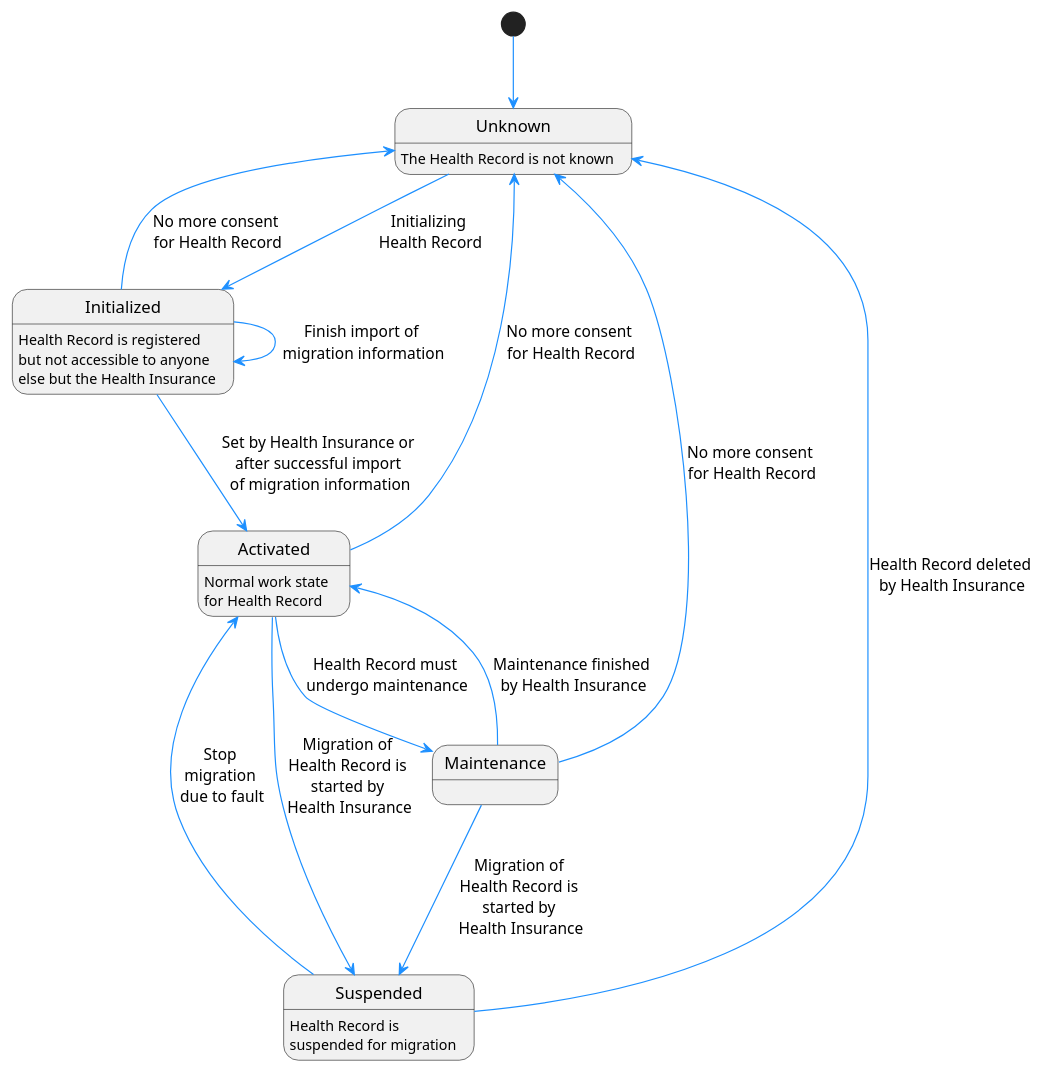
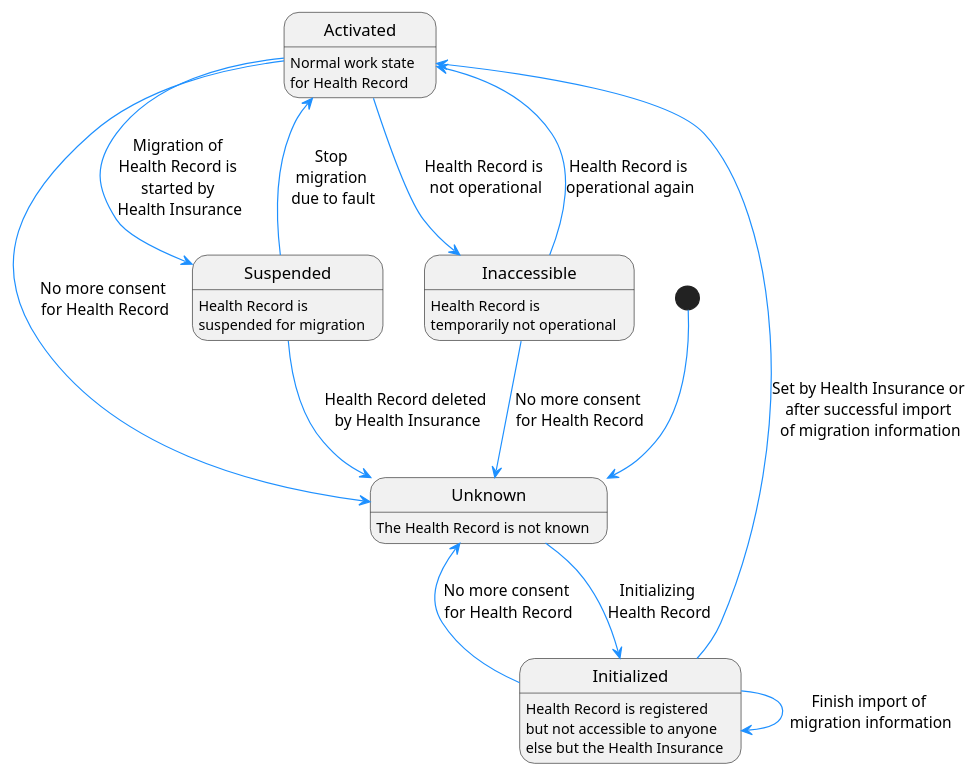
The diagram in src/plantuml/statemachine.puml (gematik/ePA-Basic), drawn with PlantUML before and after one commit. The commit also changed 17 other files, not shown here.

```diff
--- a/src/plantuml/statemachine.puml
+++ b/src/plantuml/statemachine.puml
@@ -1,46 +1,45 @@
 @startuml
 
 skinparam Shadowing false
 skinparam ParticipantPadding 20
 skinparam BoxPadding 10
 
 skinparam sequence {
     ArrowColor DodgerBlue
     ActorBorderColor DodgerBlue
     LifeLineBorderColor Blue
 
     ParticipantBackgroundColor #3483eb
     ParticipantBorderColor #3483eb
     ParticipantFontSize 14
     ParticipantFontColor White
 
     ActorBackgroundColor #3483eb
     ActorFontSize 14
     NoteBackgroundColor #3483eb
 }
 
 [*] --> Unknown
 Unknown : The Health Record is not known
 Initialized : Health Record is registered \nbut not accessible to anyone \nelse but the Health Insurance
 Activated : Normal work state \nfor Health Record
 Suspended : Health Record is \nsuspended for migration
+Inaccessible : Health Record is \ntemporarily not operational
 
 Unknown --> Initialized : Initializing \nHealth Record
 
 Initialized --> Unknown : No more consent \nfor Health Record
-
 Initialized --> Initialized : Finish import of \nmigration information
 Initialized --> Activated : Set by Health Insurance or \nafter successful import \nof migration information
 
 Activated --> Unknown : No more consent \nfor Health Record
 Activated --> Suspended : Migration of \nHealth Record is \nstarted by \nHealth Insurance
-Activated --> Maintenance : Health Record must \nundergo maintenance
+Activated -right-> Inaccessible : Health Record is \nnot operational
+
 Suspended --> Activated : Stop \nmigration \ndue to fault
-
 Suspended --> Unknown : Health Record deleted \nby Health Insurance
 
-Maintenance --> Activated : Maintenance finished \nby Health Insurance
-Maintenance --> Unknown : No more consent \nfor Health Record
-Maintenance --> Suspended : Migration of \nHealth Record is \nstarted by \nHealth Insurance
+Inaccessible --> Activated : Health Record is \noperational again
+Inaccessible --> Unknown : No more consent \nfor Health Record
 
 @enduml
```
